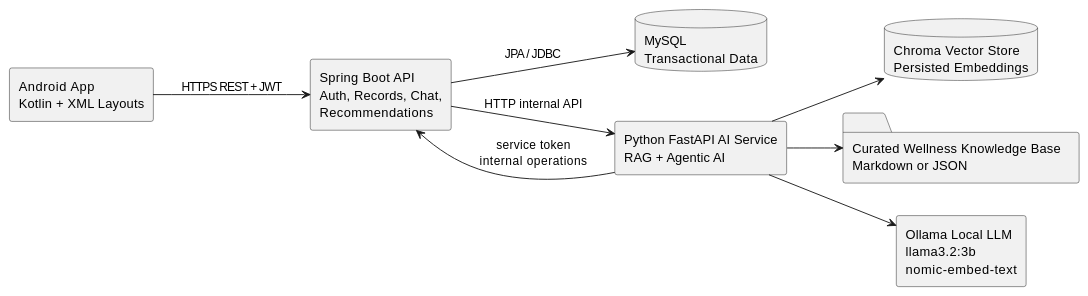
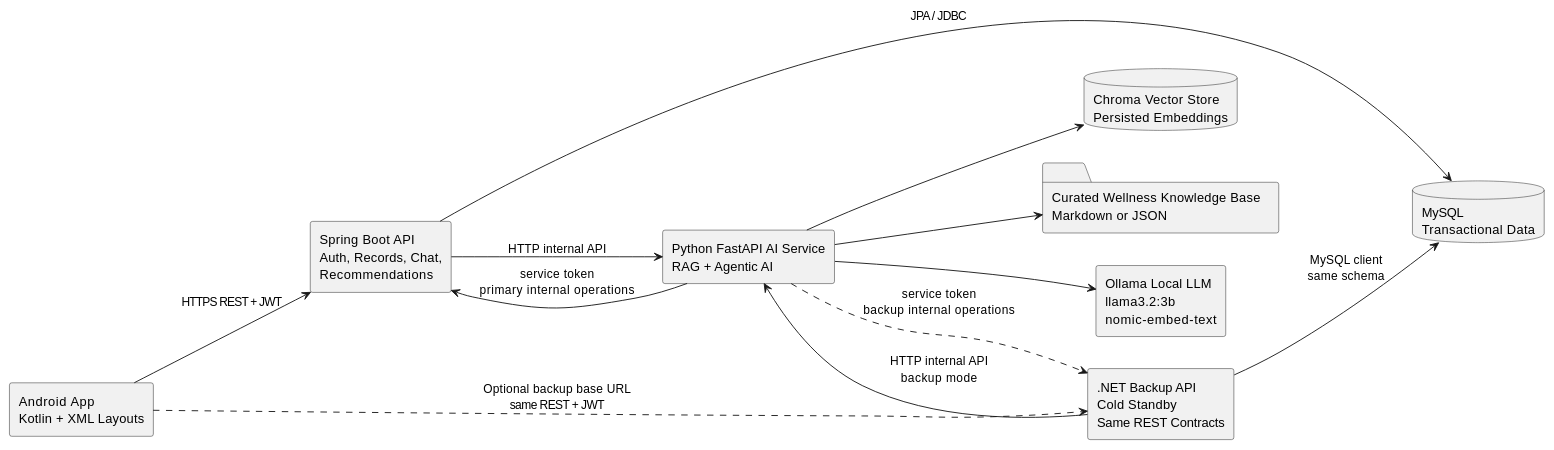
One commit to SA62-team4/mobile-application-dev-ca changed the first of 6 diagrams in docs/specs/04-plan-system-architecture.md. Above: the diagram before and after it, drawn with PlantUML. The commit also changed other lines of this file and 54 other files, not shown here.

Commit message:
Add optional dotnet backup backend

````diff
--- a/docs/specs/04-plan-system-architecture.md
+++ b/docs/specs/04-plan-system-architecture.md
@@ -15,21 +15,26 @@
 ```plantuml
 @startuml
 left to right direction
 
 rectangle "Android App\nKotlin + XML Layouts" as Android
 rectangle "Spring Boot API\nAuth, Records, Chat,\nRecommendations" as Backend
+rectangle ".NET Backup API\nCold Standby\nSame REST Contracts" as DotNet
 database "MySQL\nTransactional Data" as MySQL
 rectangle "Python FastAPI AI Service\nRAG + Agentic AI" as AI
 database "Chroma Vector Store\nPersisted Embeddings" as Chroma
 folder "Curated Wellness Knowledge Base\nMarkdown or JSON" as KB
 rectangle "Ollama Local LLM\nllama3.2:3b\nnomic-embed-text" as Ollama
 
 Android --> Backend : HTTPS REST + JWT
+Android ..> DotNet : Optional backup base URL\nsame REST + JWT
 Backend --> MySQL : JPA / JDBC
+DotNet --> MySQL : MySQL client\nsame schema
 Backend --> AI : HTTP internal API
+DotNet --> AI : HTTP internal API\nbackup mode
 AI --> Chroma
 AI --> KB
 AI --> Ollama
-AI --> Backend : service token\ninternal operations
+AI --> Backend : service token\nprimary internal operations
+AI ..> DotNet : service token\nbackup internal operations
 @enduml
 ```
````
